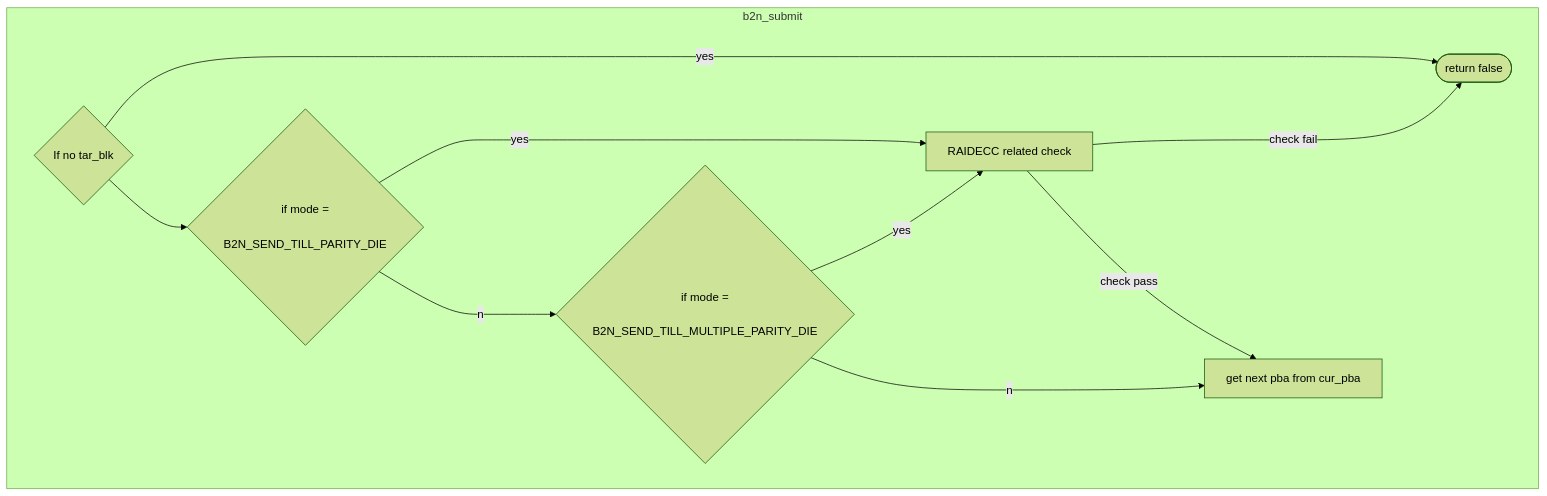
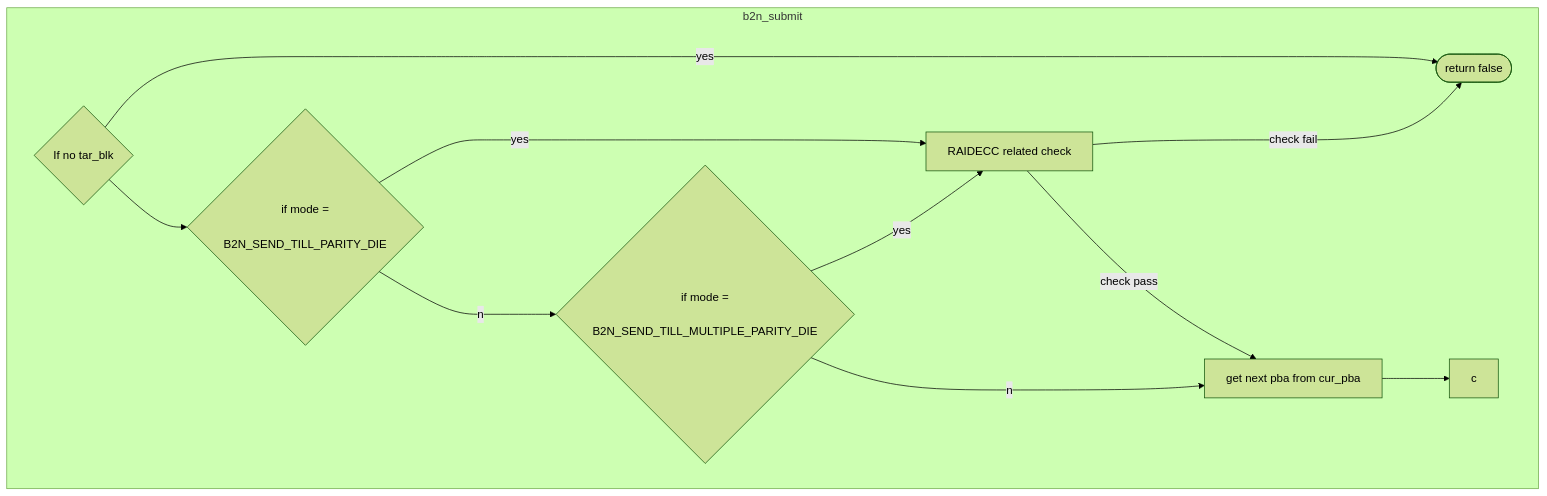
Before and after one commit to jenny112646/iodraw-files: the diagram in all/未命名-2.md, drawn with Mermaid (forest theme).

Commit message:
2024-06-07 11:02:24 update

````diff
--- a/all/未命名-2.md
+++ b/all/未命名-2.md
@@ -1,17 +1,18 @@
 ```mermaid
 flowchart TD
 subgraph b2n_submit
     direction LR
     c1{"If no tar_blk"} --yes--> c2([return false])
     c1 --> c3{"if mode =
     B2N_SEND_TILL_PARITY_DIE"}
     c3 --yes--> c4["RAIDECC related check"]
     c3 --no--> c5{"if mode =
     B2N_SEND_TILL_MULTIPLE_PARITY_DIE"}
     c5 --yes--> c4["RAIDECC related check"]
     c5 --no--> c6["get next pba from cur_pba"]
     c4 --"check fail"---> c2
-    c4 --"check pass"--> c6 
+    c4 --"check pass"--> c6
+    c6 --> c
 
 end
 ```
````
